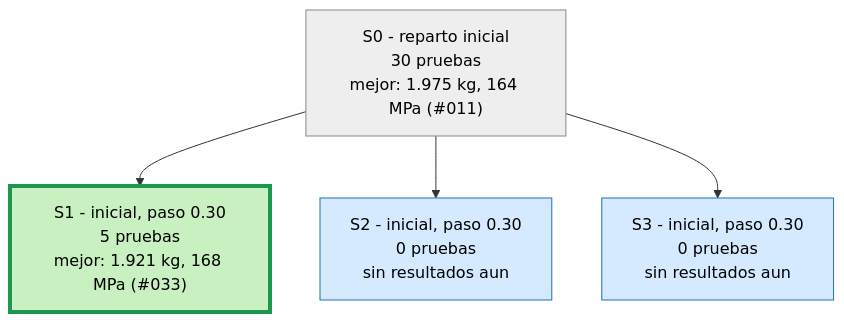
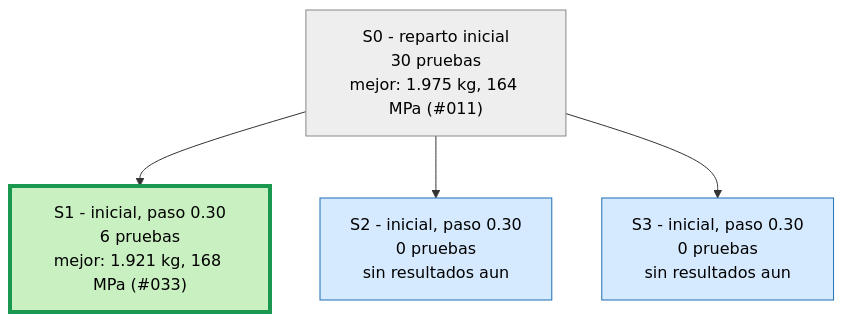
One commit to Hugiko/msd-soporte-optimizacion changed the first of 4 diagrams in runs/opt_37800N/ARBOL.md. Above: the diagram before and after it, drawn with Mermaid. The commit also changed other lines of this file and 26 other files, not shown here.

````diff
--- a/runs/opt_37800N/ARBOL.md
+++ b/runs/opt_37800N/ARBOL.md
@@ -9,13 +9,13 @@
 ```mermaid
 graph TD
 classDef activa fill:#d6eaff,stroke:#1f6fb5,color:#000
 classDef fin fill:#eeeeee,stroke:#888,color:#000
 classDef mejor fill:#c8f0c0,stroke:#1a9850,stroke-width:4px,color:#000
 S0["S0 - reparto inicial<br/>30 pruebas<br/>mejor: 1.975 kg, 164 MPa (#011)"]:::fin
-S1["S1 - inicial, paso 0.30<br/>5 pruebas<br/>mejor: 1.921 kg, 168 MPa (#033)"]:::mejor
+S1["S1 - inicial, paso 0.30<br/>6 pruebas<br/>mejor: 1.921 kg, 168 MPa (#033)"]:::mejor
 S0 --> S1
 S2["S2 - inicial, paso 0.30<br/>0 pruebas<br/>sin resultados aun"]:::activa
 S0 --> S2
 S3["S3 - inicial, paso 0.30<br/>0 pruebas<br/>sin resultados aun"]:::activa
 S0 --> S3
 ```
````
